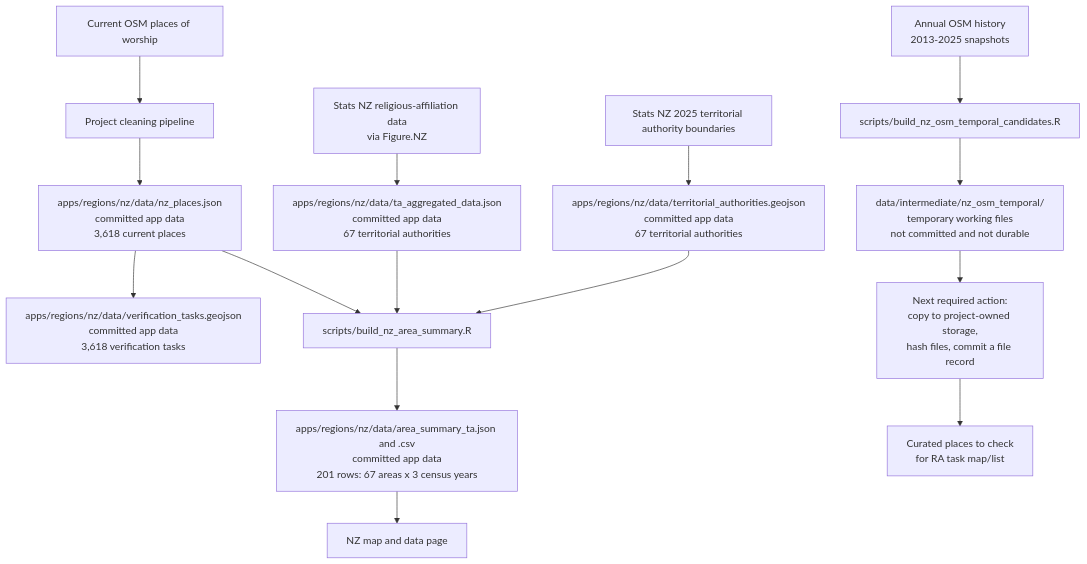
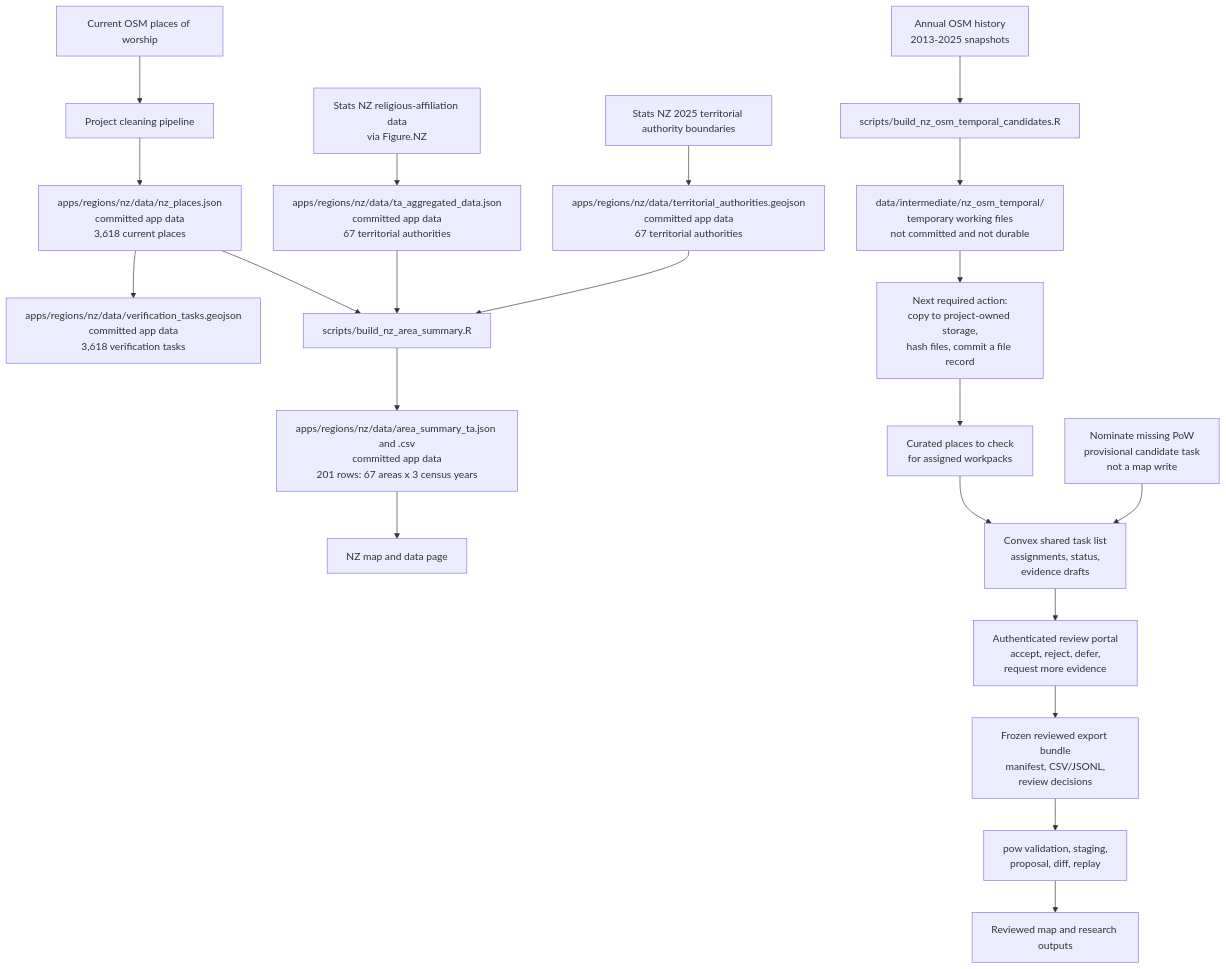
The first of 3 diagrams in docs/data-storage-pipeline.md (go-bayes/places-of-worship), drawn with Mermaid before and after one commit. The commit also changed other lines of this file and 4 other files, not shown here.

Commit message:
update review portal dataflow

````diff
--- a/docs/data-storage-pipeline.md
+++ b/docs/data-storage-pipeline.md
@@ -38,19 +38,25 @@
 ```mermaid
 flowchart TD
   OSM1["Current OSM places of worship"] --> Clean1["Project cleaning pipeline"]
   Clean1 --> NZPlaces["apps/regions/nz/data/nz_places.json<br/>committed app data<br/>3,618 current places"]
   NZPlaces --> Tasks["apps/regions/nz/data/verification_tasks.geojson<br/>committed app data<br/>3,618 verification tasks"]
   NZPlaces --> Area["scripts/build_nz_area_summary.R"]
 
   Stats1["Stats NZ religious-affiliation data<br/>via Figure.NZ"] --> TAReligion["apps/regions/nz/data/ta_aggregated_data.json<br/>committed app data<br/>67 territorial authorities"]
   Boundaries["Stats NZ 2025 territorial authority boundaries"] --> TABounds["apps/regions/nz/data/territorial_authorities.geojson<br/>committed app data<br/>67 territorial authorities"]
   TAReligion --> Area
   TABounds --> Area
   Area --> AreaOut["apps/regions/nz/data/area_summary_ta.json and .csv<br/>committed app data<br/>201 rows: 67 areas x 3 census years"]
   AreaOut --> NZMap["NZ map and data page"]
 
   OSM2["Annual OSM history<br/>2013-2025 snapshots"] --> Temporal["scripts/build_nz_osm_temporal_candidates.R"]
   Temporal --> TempFiles["data/intermediate/nz_osm_temporal/<br/>temporary working files<br/>not committed and not durable"]
   TempFiles --> Promote["Next required action:<br/>copy to project-owned storage,<br/>hash files, commit a file record"]
-  Promote --> FutureTasks["Curated places to check<br/>for RA task map/list"]
+  Promote --> Workpacks["Curated places to check<br/>for assigned workpacks"]
+  Workpacks --> Convex["Convex shared task list<br/>assignments, status,<br/>evidence drafts"]
+  Nominate["Nominate missing PoW<br/>provisional candidate task<br/>not a map write"] --> Convex
+  Convex --> Review["Authenticated review portal<br/>accept, reject, defer,<br/>request more evidence"]
+  Review --> Bundle["Frozen reviewed export bundle<br/>manifest, CSV/JSONL,<br/>review decisions"]
+  Bundle --> Pow["pow validation, staging,<br/>proposal, diff, replay"]
+  Pow --> Outputs["Reviewed map and research outputs"]
 ```
````
